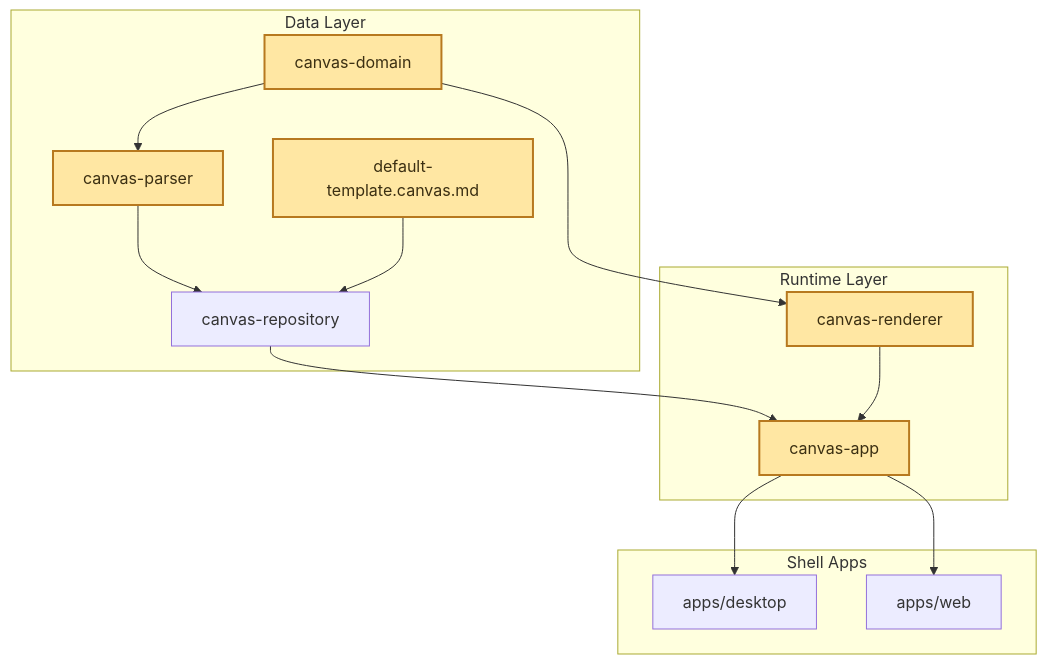
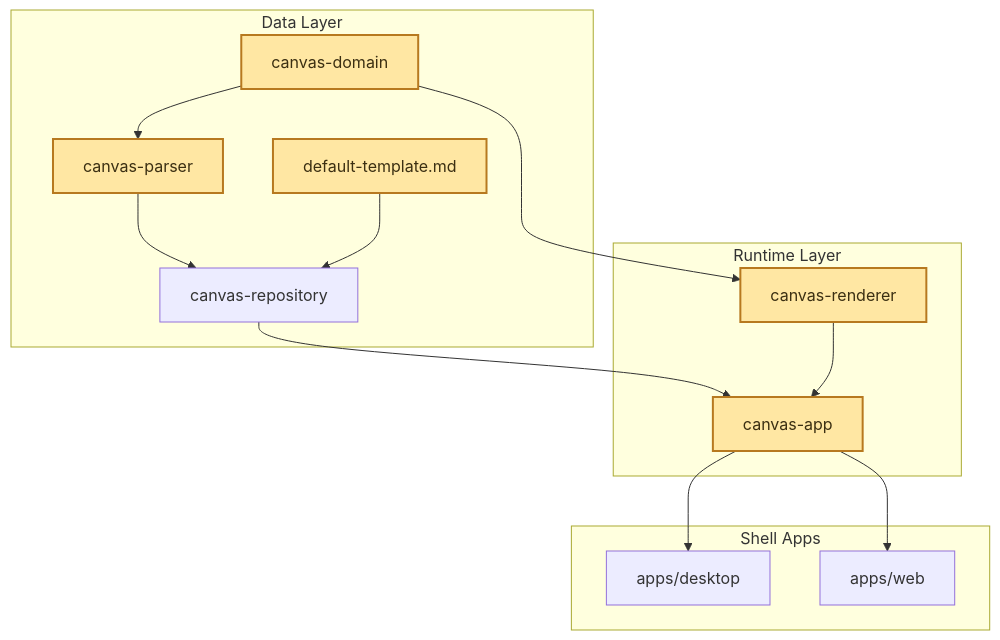
The first of 2 diagrams in docs/features/canvas-format-v2/README.md (ev3rlit/boardmark), drawn with Mermaid before and after one commit. The commit also changed other lines of this file and 51 other files, not shown here.

````diff
--- a/docs/features/canvas-format-v2/README.md
+++ b/docs/features/canvas-format-v2/README.md
@@ -558,31 +558,31 @@
 ```mermaid
 flowchart TB
   subgraph Data["Data Layer"]
     D["canvas-domain"]
     P["canvas-parser"]
     Repo["canvas-repository"]
-    F["default-template.canvas.md"]
+    F["default-template.md"]
   end
 
   subgraph Runtime["Runtime Layer"]
     Rend["canvas-renderer"]
     App["canvas-app"]
   end
 
   subgraph Shells["Shell Apps"]
     Desk["apps/desktop"]
     Web["apps/web"]
   end
 
   D --> P
   P --> Repo
   D --> Rend
   Repo --> App
   Rend --> App
   F --> Repo
   App --> Desk
   App --> Web
 
   classDef impacted fill:#ffe7a3,stroke:#b7791f,stroke-width:2px,color:#3b2f12;
   class D,P,Rend,App,F impacted;
 ```
````
